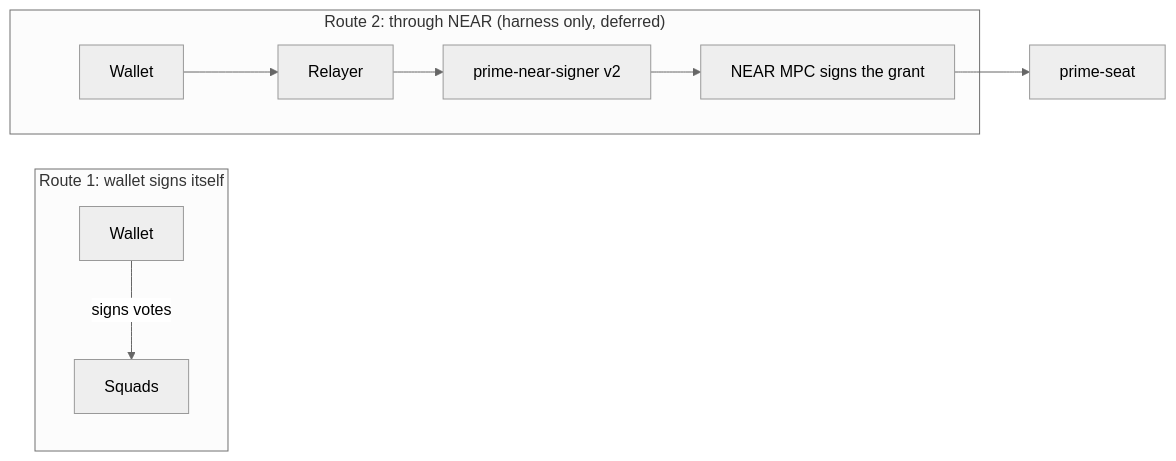
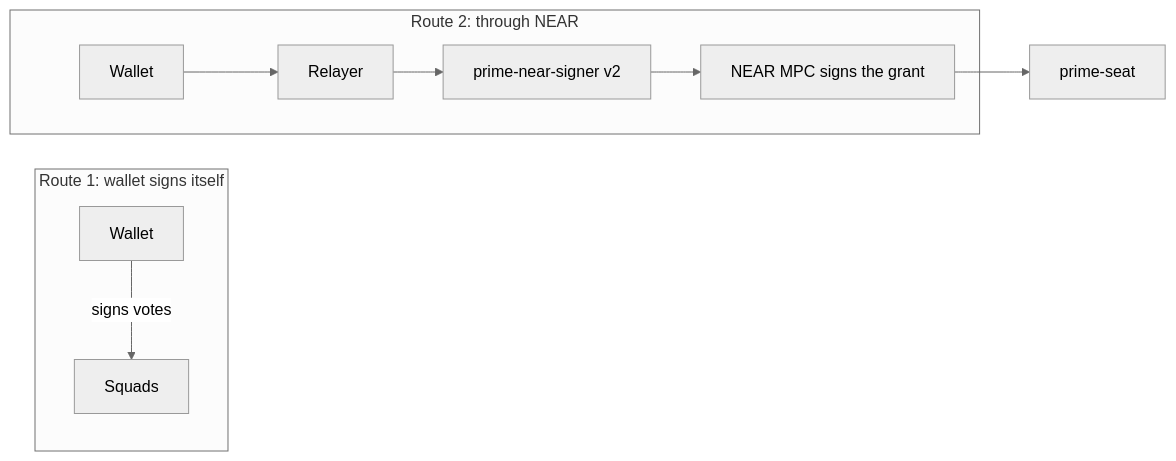
Diagram 12 of 12 in contracts/solana/README-architecture.md (untangledfinance/oz-policy-builder), drawn with Mermaid (neutral theme) before and after one commit. The commit also changed other lines of this file and 12 other files, not shown here.

````diff
--- a/contracts/solana/README-architecture.md
+++ b/contracts/solana/README-architecture.md
@@ -629,12 +631,12 @@
 ```mermaid
 flowchart LR
   subgraph NAT["Route 1: wallet signs itself"]
     W1[Wallet] -- "signs votes" --> T1[Squads]
   end
-  subgraph NEAR["Route 2: through NEAR (harness only, deferred)"]
+  subgraph NEAR["Route 2: through NEAR"]
     W2[Wallet] --> R2[Relayer]
     R2 --> S2[prime-near-signer v2]
     S2 --> M2[NEAR MPC signs the grant]
   end
   M2 --> P[prime-seat]
 ```
````
